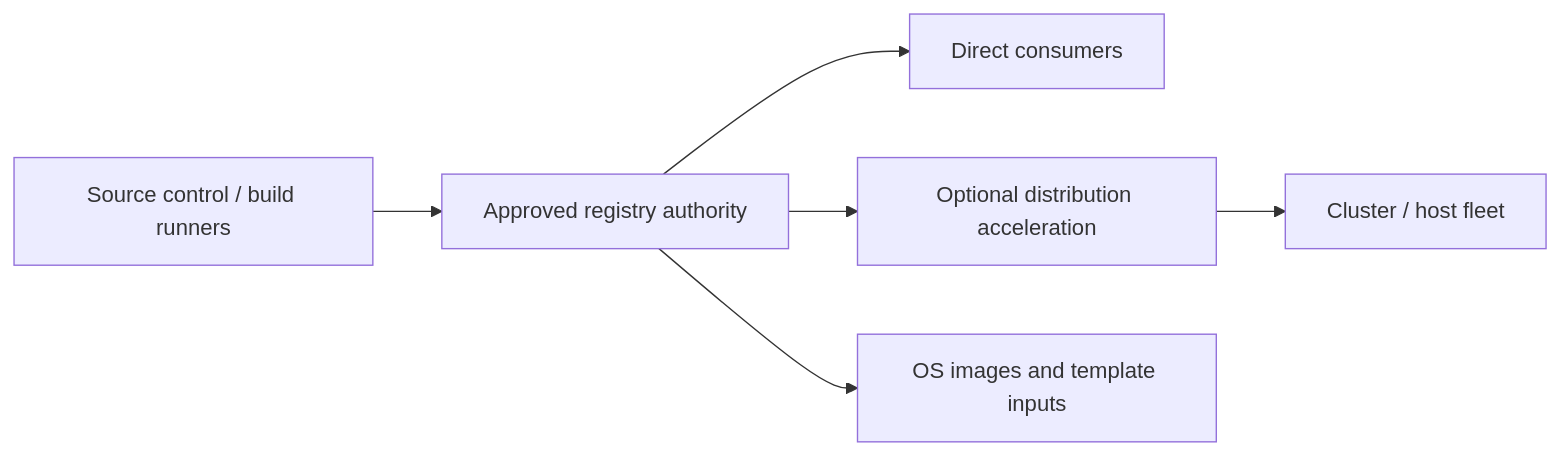
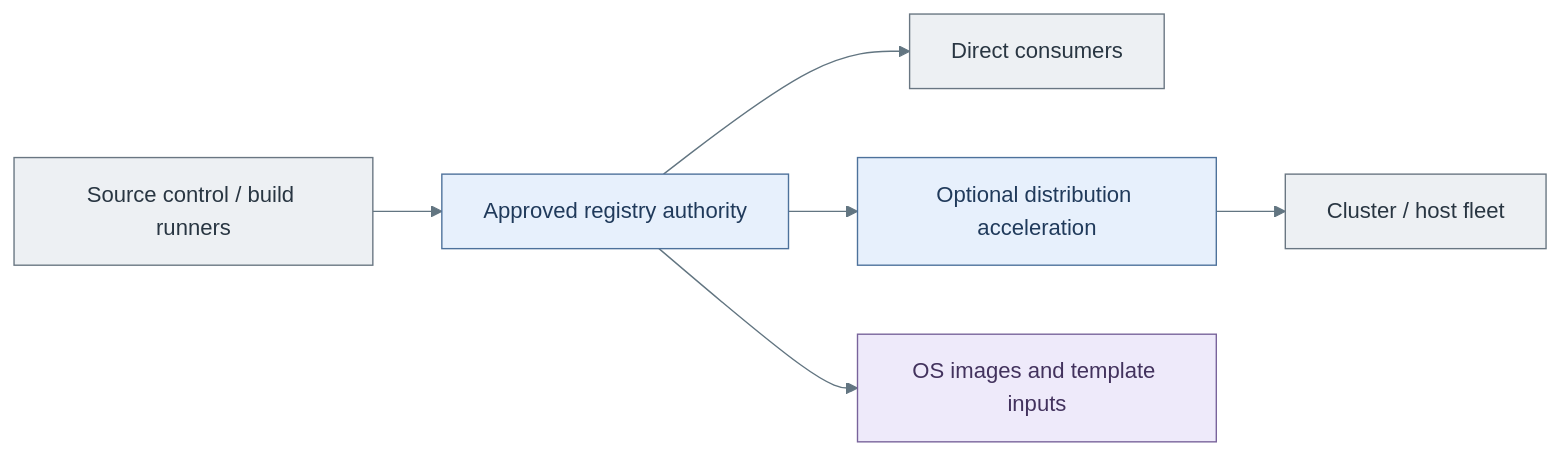
Before and after one commit to Rexus/homelab: the diagram in docs/architecture/delivery/artifact-supply.md, drawn with Mermaid. The commit also changed 49 other files, not shown here.

Commit message:
docs(diagrams): clarify tier layouts and visual styles

````diff
--- a/docs/architecture/delivery/artifact-supply.md
+++ b/docs/architecture/delivery/artifact-supply.md
@@ -9,8 +9,16 @@
 ```mermaid
+%%{init: {"theme":"base","themeVariables":{"lineColor":"#627581","edgeLabelBackground":"#f8fafc"}}}%%
 flowchart LR
   Source["Source control / build runners"] --> Registry["Approved registry authority"]
   Registry --> Direct["Direct consumers"]
   Registry --> Distribution["Optional distribution acceleration"]
   Distribution --> Fleet["Cluster / host fleet"]
   Registry --> Images["OS images and template inputs"]
+  classDef default fill:#f8fafc,stroke:#64748b,color:#1f2937
+  classDef services fill:#e7f0fc,stroke:#4d719b,color:#203a5b
+  classDef data fill:#eeeafa,stroke:#78639b,color:#42325d
+  classDef actor fill:#edf0f3,stroke:#697682,color:#293642
+  class Registry,Distribution services
+  class Images data
+  class Source,Direct,Fleet actor
 ```
````
